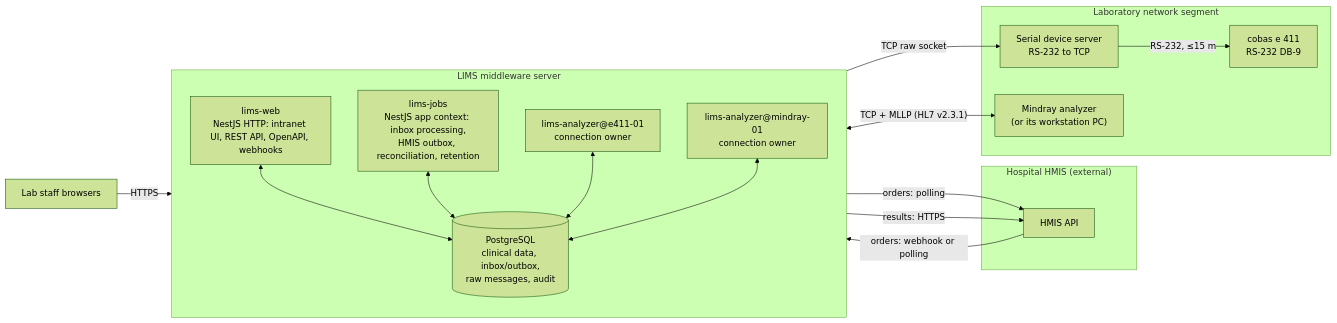
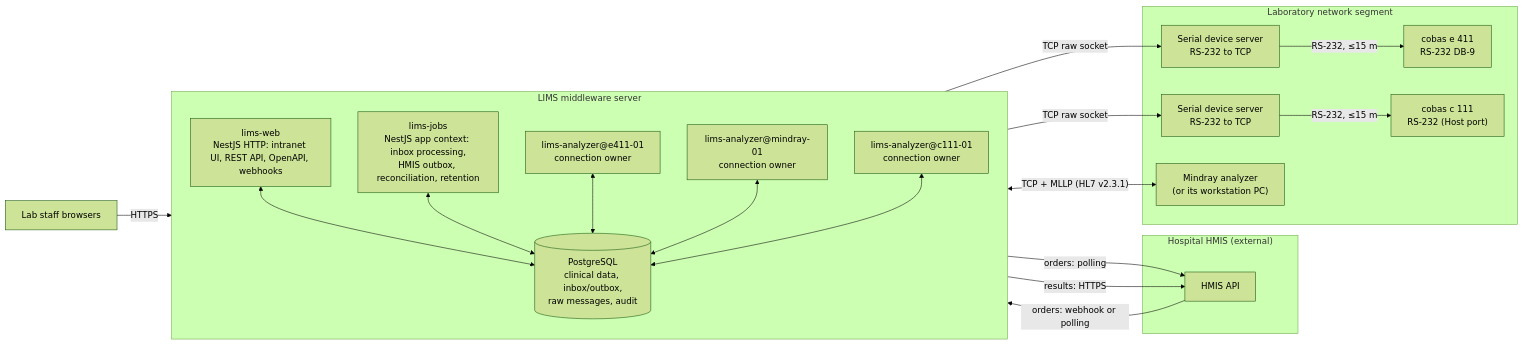
The first of 3 diagrams in docs/design/02-architecture-and-network.md (esiaso/lis-middleware-js), drawn with Mermaid (forest theme) before and after one commit. The commit also changed other lines of this file and 12 other files, not shown here.

````diff
--- a/docs/design/02-architecture-and-network.md
+++ b/docs/design/02-architecture-and-network.md
@@ -10,33 +10,39 @@
 ```mermaid
 flowchart LR
   subgraph HMIS["Hospital HMIS (external)"]
     HAPI[HMIS API]
   end
 
   subgraph MW["LIMS middleware server"]
     direction TB
     WEB["lims-web<br/>NestJS HTTP: intranet UI, REST API, OpenAPI, webhooks"]
     JOBS["lims-jobs<br/>NestJS app context: inbox processing,<br/>HMIS outbox, reconciliation, retention"]
     AW1["lims-analyzer@e411-01<br/>connection owner"]
     AW2["lims-analyzer@mindray-01<br/>connection owner"]
+    AW3["lims-analyzer@c111-01<br/>connection owner"]
     DB[("PostgreSQL<br/>clinical data, inbox/outbox,<br/>raw messages, audit")]
     WEB <--> DB
     JOBS <--> DB
     AW1 <--> DB
     AW2 <--> DB
+    AW3 <--> DB
   end
 
   subgraph LAB["Laboratory network segment"]
     DS["Serial device server<br/>RS-232 to TCP"]
     E411["cobas e 411<br/>RS-232 DB-9"]
+    DS2["Serial device server<br/>RS-232 to TCP"]
+    C111["cobas c 111<br/>RS-232 (Host port)"]
     MRPC["Mindray analyzer<br/>(or its workstation PC)"]
   end
 
   HAPI -- "orders: webhook or polling" --> WEB
   JOBS -- "orders: polling" --> HAPI
   JOBS -- "results: HTTPS" --> HAPI
   AW1 -- "TCP raw socket" --> DS
   DS -- "RS-232, ≤15 m" --> E411
   AW2 <-- "TCP + MLLP (HL7 v2.3.1)" --> MRPC
+  AW3 -- "TCP raw socket" --> DS2
+  DS2 -- "RS-232, ≤15 m" --> C111
   USERS["Lab staff browsers"] -- HTTPS --> WEB
 ```
````
